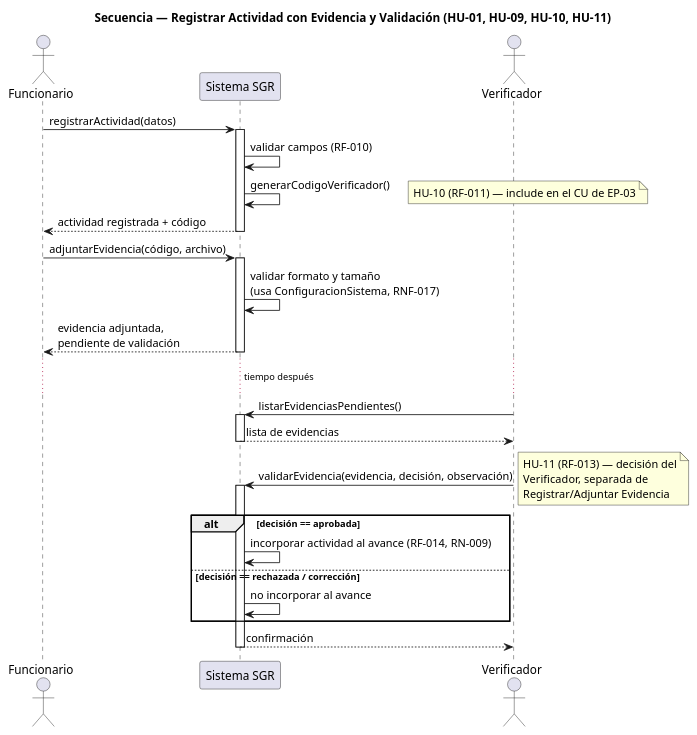
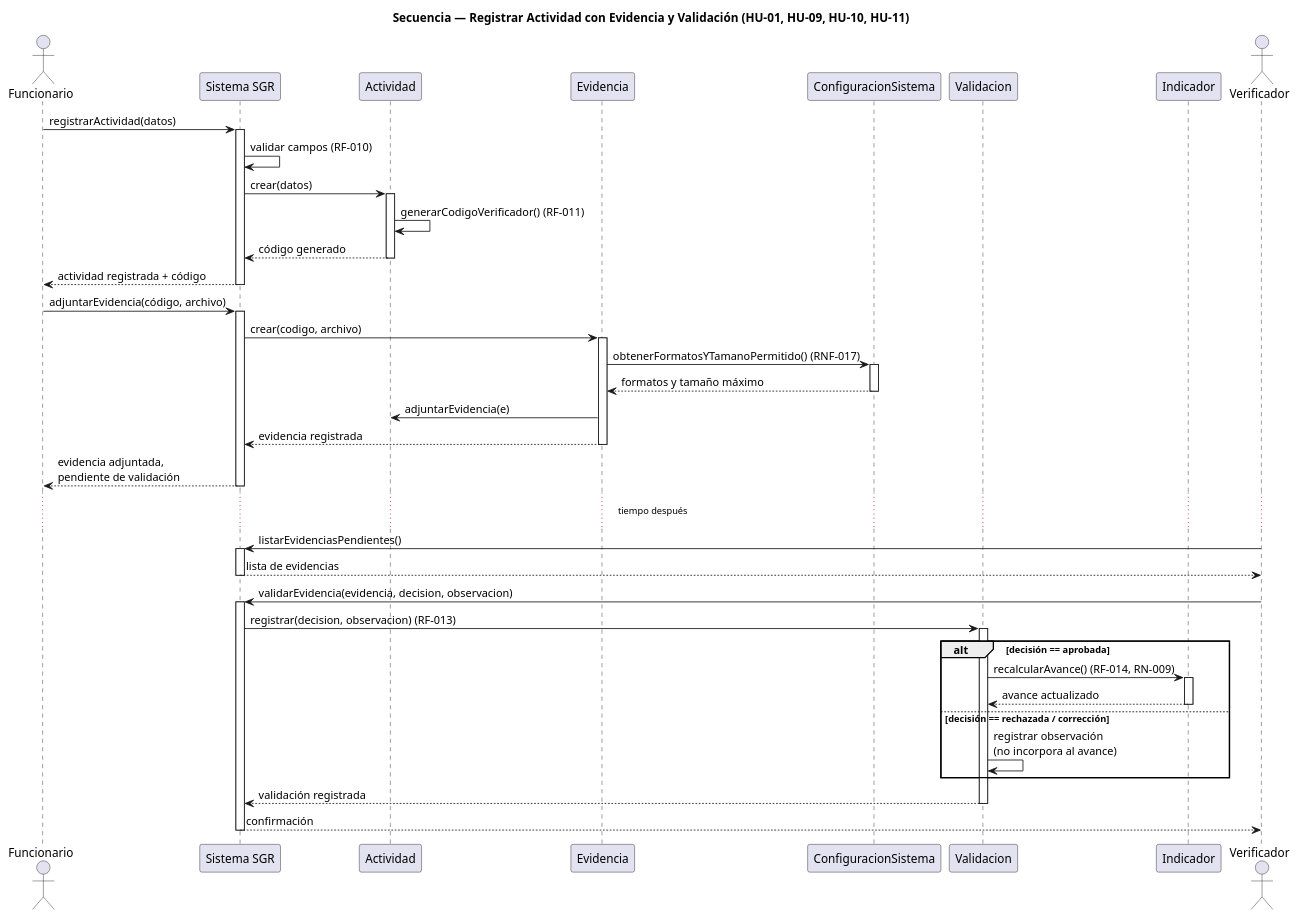
One commit to Ren-reno/ev1 changed the diagram in assets/actividad-3/sec-registrar-actividad-evidencia.puml. Above: the diagram before and after it, drawn with PlantUML. The commit also changed 3 other files, not shown here.

Commit message:
fix: agregar ConfiguracionSistema al diagrama de secuencia de Registrar Actividad

```diff
--- a/assets/actividad-3/sec-registrar-actividad-evidencia.puml
+++ b/assets/actividad-3/sec-registrar-actividad-evidencia.puml
@@ -1,40 +1,62 @@
 @startuml sec-registrar-actividad-evidencia
 title Secuencia — Registrar Actividad con Evidencia y Validación (HU-01, HU-09, HU-10, HU-11)
 
 actor Funcionario
-participant "Sistema SGR" as SGR
+participant "Sistema SGR" as Sistema
+participant "Actividad" as Act
+participant "Evidencia" as Evi
+participant "ConfiguracionSistema" as Config
+participant "Validacion" as Val
+participant "Indicador" as Ind
 actor Verificador
 
-Funcionario -> SGR: registrarActividad(datos)
-activate SGR
-SGR -> SGR: validar campos (RF-010)
-SGR -> SGR: generarCodigoVerificador()
-note right: HU-10 (RF-011) — include en el CU de EP-03
-SGR --> Funcionario: actividad registrada + código
-deactivate SGR
+Funcionario -> Sistema: registrarActividad(datos)
+activate Sistema
+Sistema -> Sistema: validar campos (RF-010)
+Sistema -> Act: crear(datos)
+activate Act
+Act -> Act: generarCodigoVerificador() (RF-011)
+Act --> Sistema: código generado
+deactivate Act
+Sistema --> Funcionario: actividad registrada + código
+deactivate Sistema
 
-Funcionario -> SGR: adjuntarEvidencia(código, archivo)
-activate SGR
-SGR -> SGR: validar formato y tamaño\n(usa ConfiguracionSistema, RNF-017)
-SGR --> Funcionario: evidencia adjuntada,\npendiente de validación
-deactivate SGR
+Funcionario -> Sistema: adjuntarEvidencia(código, archivo)
+activate Sistema
+Sistema -> Evi: crear(codigo, archivo)
+activate Evi
+Evi -> Config: obtenerFormatosYTamanoPermitido() (RNF-017)
+activate Config
+Config --> Evi: formatos y tamaño máximo
+deactivate Config
+Evi -> Act: adjuntarEvidencia(e)
+Evi --> Sistema: evidencia registrada
+deactivate Evi
+Sistema --> Funcionario: evidencia adjuntada,\npendiente de validación
+deactivate Sistema
 
 ...tiempo después...
 
-Verificador -> SGR: listarEvidenciasPendientes()
-activate SGR
-SGR --> Verificador: lista de evidencias
-deactivate SGR
+Verificador -> Sistema: listarEvidenciasPendientes()
+activate Sistema
+Sistema --> Verificador: lista de evidencias
+deactivate Sistema
 
-Verificador -> SGR: validarEvidencia(evidencia, decisión, observación)
-activate SGR
-note right: HU-11 (RF-013) — decisión del\nVerificador, separada de\nRegistrar/Adjuntar Evidencia
+Verificador -> Sistema: validarEvidencia(evidencia, decision, observacion)
+activate Sistema
+Sistema -> Val: registrar(decision, observacion) (RF-013)
+activate Val
 alt decisión == aprobada
-  SGR -> SGR: incorporar actividad al avance (RF-014, RN-009)
+  Val -> Ind: recalcularAvance() (RF-014, RN-009)
+  activate Ind
+  Ind --> Val: avance actualizado
+  deactivate Ind
 else decisión == rechazada / corrección
-  SGR -> SGR: no incorporar al avance
+  Val -> Val: registrar observación\n(no incorpora al avance)
 end
-SGR --> Verificador: confirmación
-deactivate SGR
+Val --> Sistema: validación registrada
+deactivate Val
+Sistema --> Verificador: confirmación
+deactivate Sistema
 
 @enduml
```
